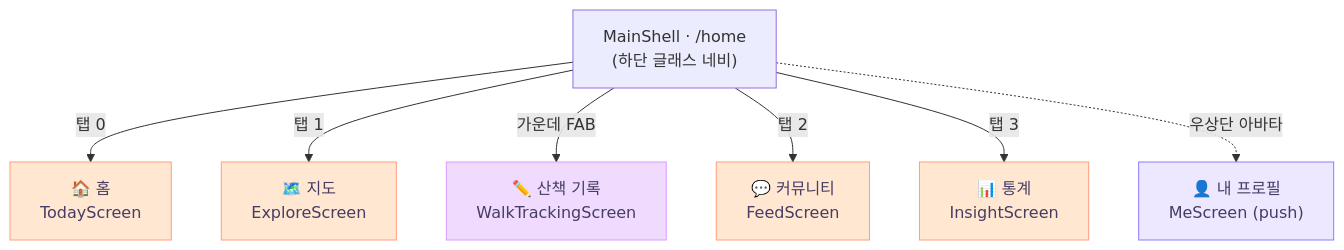
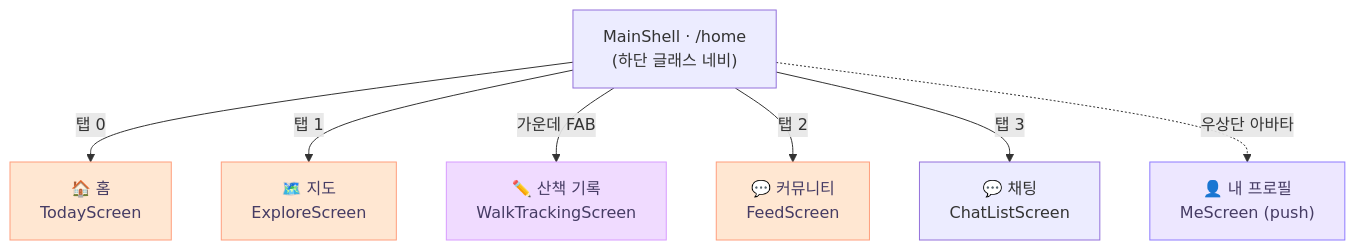
One commit to sanghyunbang/pawloop changed the first of 8 diagrams in docs/01-design/information-architecture.md. Above: the diagram before and after it, drawn with Mermaid. The commit also changed other lines of this file and 16 other files, not shown here.

````diff
--- a/docs/01-design/information-architecture.md
+++ b/docs/01-design/information-architecture.md
@@ -22,19 +22,19 @@
 ```mermaid
 graph TD
     Root["MainShell · /home<br/>(하단 글래스 네비)"]
 
     Root -->|탭 0| Home["🏠 홈<br/>TodayScreen"]
     Root -->|탭 1| Map["🗺️ 지도<br/>ExploreScreen"]
     Root -->|가운데 FAB| Walk["✏️ 산책 기록<br/>WalkTrackingScreen"]
     Root -->|탭 2| Community["💬 커뮤니티<br/>FeedScreen"]
-    Root -->|탭 3| Stats["📊 통계<br/>InsightScreen"]
+    Root -->|탭 3| Chat["💬 채팅<br/>ChatListScreen"]
 
     Root -.우상단 아바타.-> Me["👤 내 프로필<br/>MeScreen (push)"]
 
     classDef tab fill:#FFE7D2,stroke:#FF9E7D,color:#463C64;
     classDef fab fill:#F0DBFF,stroke:#D89BFF,color:#463C64;
     classDef global fill:#EDE7FF,stroke:#8E7BFF,color:#463C64;
     class Home,Map,Community,Stats tab;
     class Walk fab;
     class Me global;
 ```
````
